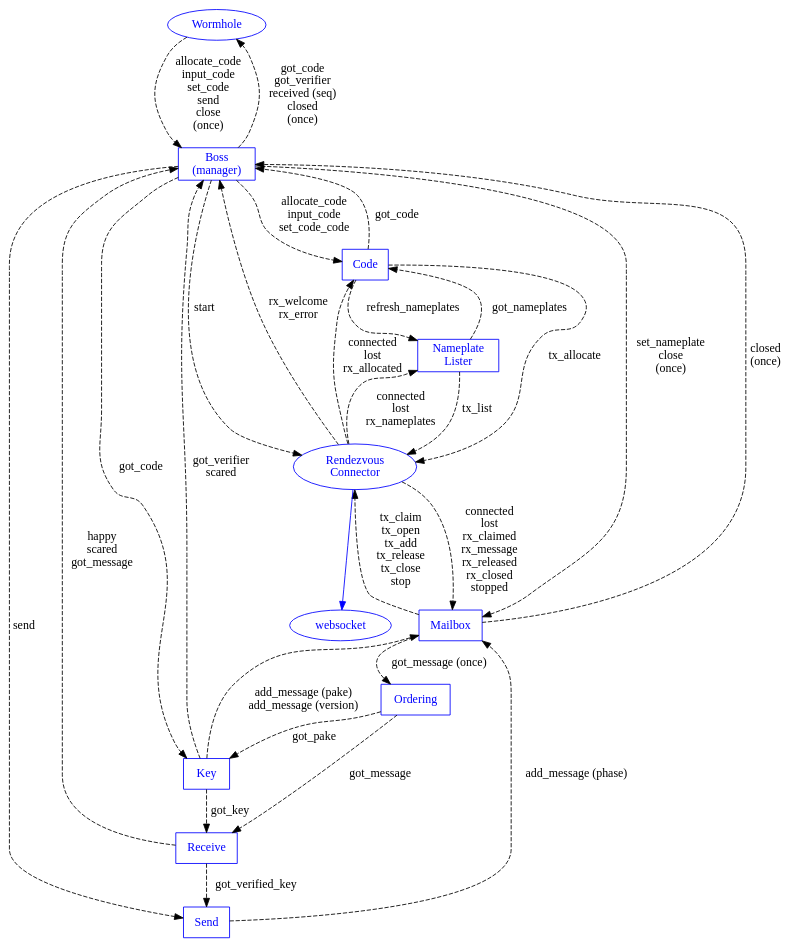
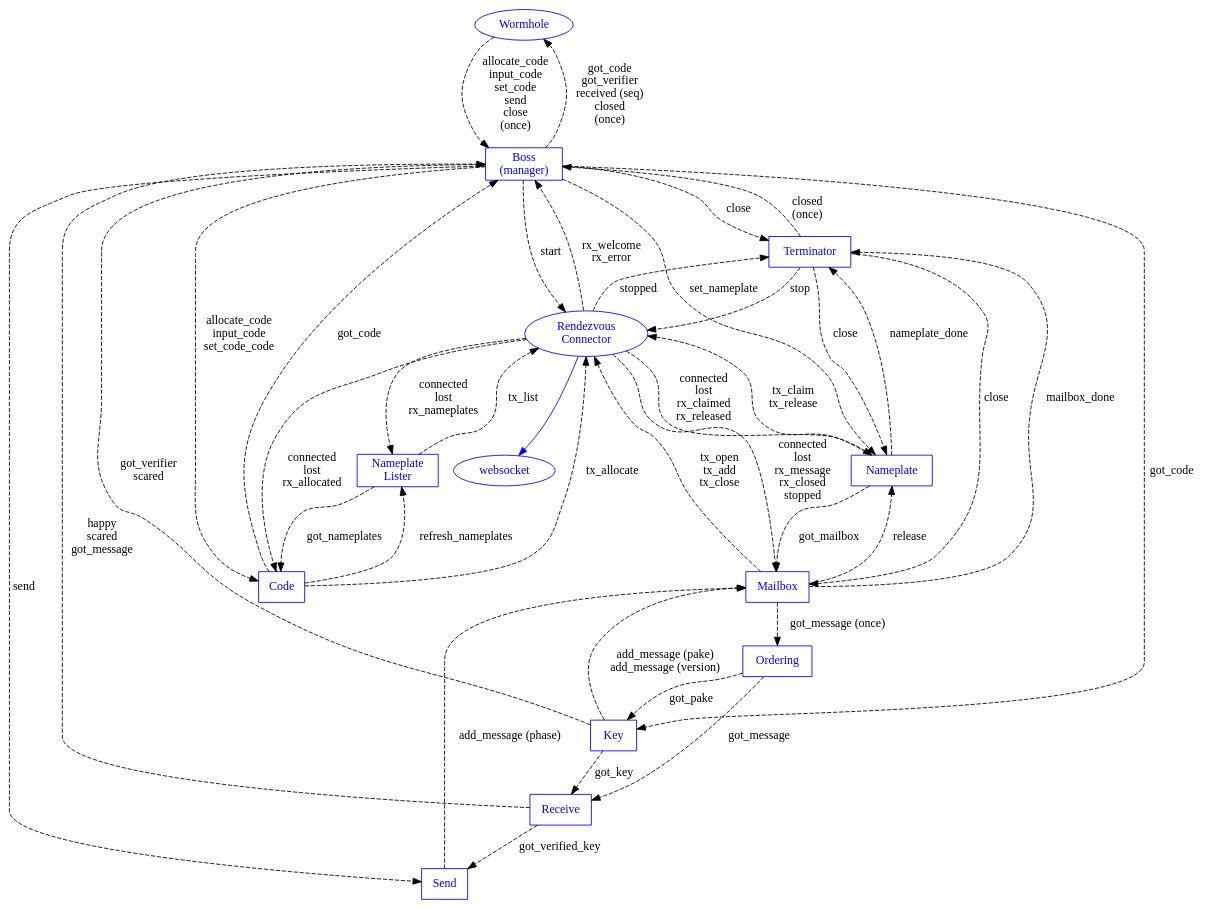
Before and after one commit to magic-wormhole/magic-wormhole: the diagram in docs/machines.dot, drawn with Graphviz. The commit also changed 5 other files, not shown here.

First line of the commit message:
dot: split Mailbox and Nameplate into separate machines

```diff
--- a/docs/machines.dot
+++ b/docs/machines.dot
@@ -1,82 +1,94 @@
 digraph {
         Wormhole [shape="oval" color="blue" fontcolor="blue"]
         Boss [shape="box" label="Boss\n(manager)"
                   color="blue" fontcolor="blue"]
+        Nameplate [shape="box" color="blue" fontcolor="blue"]
         Mailbox [shape="box" color="blue" fontcolor="blue"]
         Connection [label="Rendezvous\nConnector"
                     shape="oval" color="blue" fontcolor="blue"]
         websocket [color="blue" fontcolor="blue"]
         Order [shape="box" label="Ordering" color="blue" fontcolor="blue"]
         Key [shape="box" label="Key" color="blue" fontcolor="blue"]
         Send [shape="box" label="Send" color="blue" fontcolor="blue"]
         Receive [shape="box" label="Receive" color="blue" fontcolor="blue"]
         Code [shape="box" label="Code" color="blue" fontcolor="blue"]
-        Nameplates [shape="box" label="Nameplate\nLister"
-                    color="blue" fontcolor="blue"
-                    ]
+        NameplateLister [shape="box" label="Nameplate\nLister"
+                         color="blue" fontcolor="blue"]
+        Terminator [shape="box" color="blue" fontcolor="blue"]
 
         Connection -> websocket [color="blue"]
         #Connection -> Order [color="blue"]
 
         Wormhole -> Boss [style="dashed" label="allocate_code\ninput_code\nset_code\nsend\nclose\n(once)"]
         #Wormhole -> Boss [color="blue"]
         Boss -> Wormhole [style="dashed" label="got_code\ngot_verifier\nreceived (seq)\nclosed\n(once)"]
 
         #Boss -> Connection [color="blue"]
         Boss -> Connection [style="dashed" label="start"]
         Connection -> Boss [style="dashed" label="rx_welcome\nrx_error"]
 
         Boss -> Send [style="dashed" label="send"]
 
-        Boss -> Mailbox [style="dashed"
-                             label="set_nameplate\nclose\n(once)"
-                             ]
+        Boss -> Nameplate [style="dashed" label="set_nameplate"]
         #Boss -> Mailbox [color="blue"]
-        Mailbox -> Boss [style="dashed" label="closed\n(once)"]
         Mailbox -> Order [style="dashed" label="got_message (once)"]
         Boss -> Key [style="dashed" label="got_code"]
         Key -> Boss [style="dashed" label="got_verifier\nscared"]
         Order -> Key [style="dashed" label="got_pake"]
         Order -> Receive [style="dashed" label="got_message"]
         #Boss -> Key [color="blue"]
-        Key -> Mailbox [style="dashed" label="add_message (pake)\nadd_message (version)"]
+        Key -> Mailbox [style="dashed"
+                        label="add_message (pake)\nadd_message (version)"]
         Receive -> Send [style="dashed" label="got_verified_key"]
         Send -> Mailbox [style="dashed" label="add_message (phase)"]
 
         Key -> Receive [style="dashed" label="got_key"]
         Receive -> Boss [style="dashed"
-                             label="happy\nscared\ngot_message"]
+                         label="happy\nscared\ngot_message"]
+        Nameplate -> Connection [style="dashed"
+                                 label="tx_claim\ntx_release"]
+        Connection -> Nameplate [style="dashed"
+                                 label="connected\nlost\nrx_claimed\nrx_released"]
+        Mailbox -> Nameplate [style="dashed" label="release"]
+        Nameplate -> Mailbox [style="dashed" label="got_mailbox"]
 
         Mailbox -> Connection [style="dashed"
-                               label="tx_claim\ntx_open\ntx_add\ntx_release\ntx_close\nstop"
+                               label="tx_open\ntx_add\ntx_close"
                                ]
         Connection -> Mailbox [style="dashed"
-                               label="connected\nlost\nrx_claimed\nrx_message\nrx_released\nrx_closed\nstopped"]
+                               label="connected\nlost\nrx_message\nrx_closed\nstopped"]
 
-        Connection -> Nameplates [style="dashed"
-                                  label="connected\nlost\nrx_nameplates"
-                                  ]
-        Nameplates -> Connection [style="dashed"
-                                  label="tx_list"
-                                  ]
+        Connection -> NameplateLister [style="dashed"
+                                       label="connected\nlost\nrx_nameplates"
+                                       ]
+        NameplateLister -> Connection [style="dashed"
+                                       label="tx_list"
+                                       ]
 
         #Boss -> Code [color="blue"]
         Connection -> Code [style="dashed"
                             label="connected\nlost\nrx_allocated"]
         Code -> Connection [style="dashed"
                             label="tx_allocate"
                             ]
-        Nameplates -> Code [style="dashed"
-                            label="got_nameplates"
-                            ]
-        #Code -> Nameplates [color="blue"]
-        Code -> Nameplates [style="dashed"
-                            label="refresh_nameplates"
-                            ]
+        NameplateLister -> Code [style="dashed"
+                                 label="got_nameplates"
+                                 ]
+        #Code -> NameplateLister [color="blue"]
+        Code -> NameplateLister [style="dashed"
+                                 label="refresh_nameplates"
+                                 ]
         Boss -> Code [style="dashed"
                       label="allocate_code\ninput_code\nset_code_code"]
         Code -> Boss [style="dashed"
                       label="got_code"]
 
-
+        Nameplate -> Terminator [style="dashed" label="nameplate_done"]
+        Mailbox -> Terminator [style="dashed" label="mailbox_done"]
+        Terminator -> Nameplate [style="dashed" label="close"]
+        Terminator -> Mailbox [style="dashed" label="close"]
+        Terminator -> Connection [style="dashed" label="stop"]
+        Connection -> Terminator [style="dashed" label="stopped"]
+        Terminator -> Boss [style="dashed" label="closed\n(once)"]
+        Boss -> Terminator [style="dashed" label="close"]
 }
```
